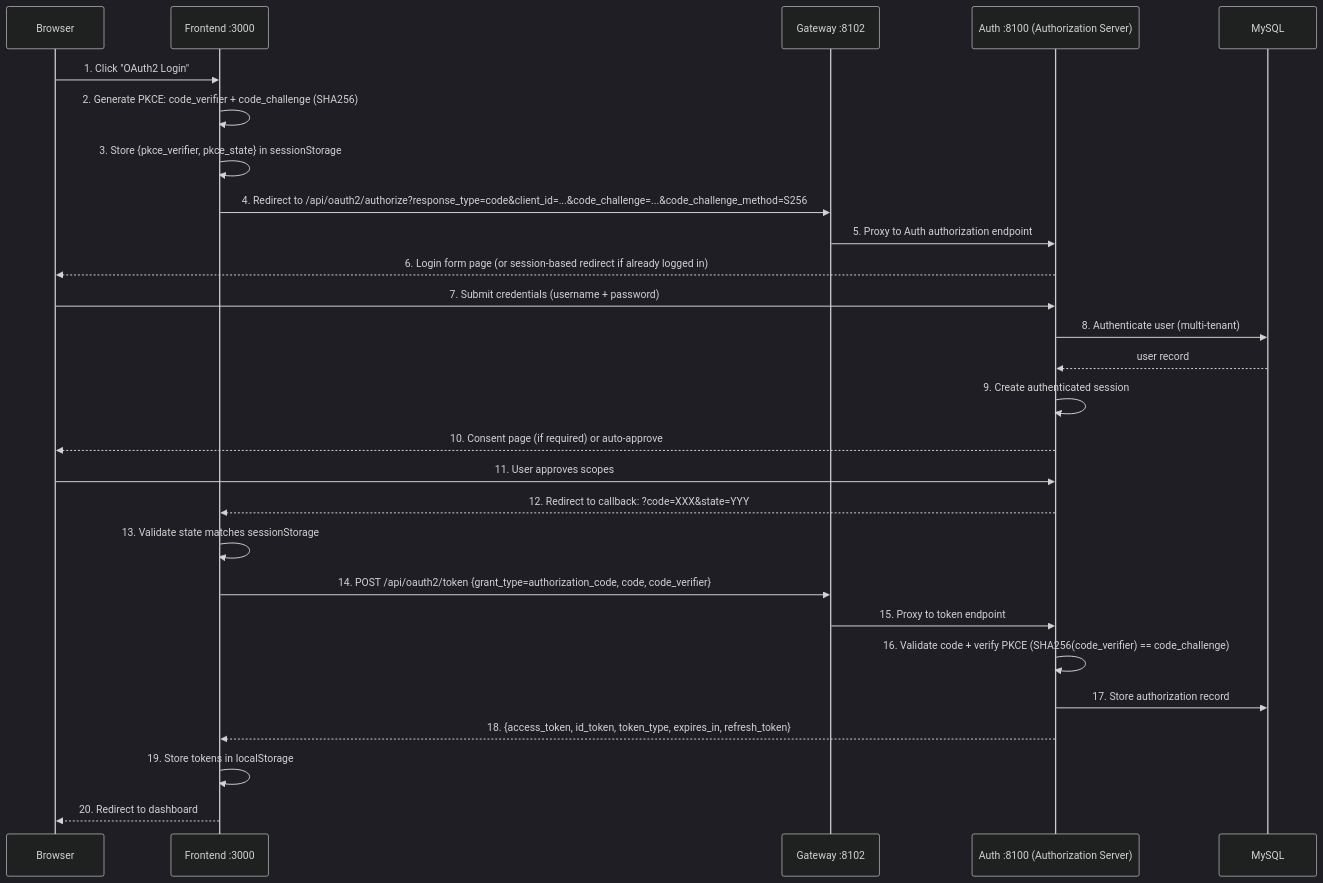
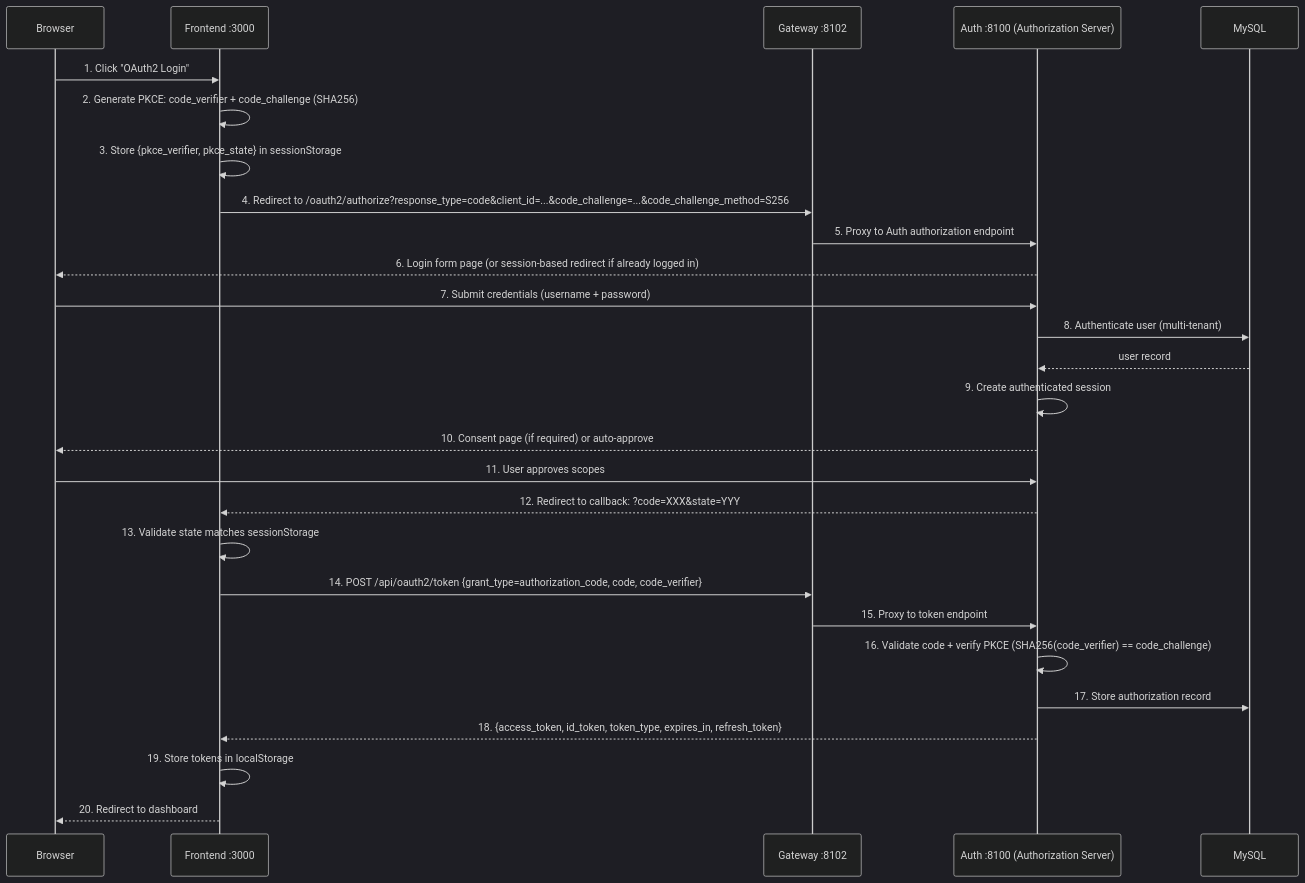
Before and after one commit to wang-baohai/Omni-Stack: the second of 19 diagrams in docs/core-flows.en.md, drawn with Mermaid (dark theme). The commit also changed other lines of this file and 1443 other files, not shown here.

````diff
--- a/docs/core-flows.en.md
+++ b/docs/core-flows.en.md
@@ -277,30 +277,30 @@
 ```mermaid
 sequenceDiagram
     participant B as Browser
     participant F as Frontend :3000
     participant G as Gateway :8102
     participant A as Auth :8100 (Authorization Server)
     participant M as MySQL
 
     B->>F: 1. Click "OAuth2 Login"
     F->>F: 2. Generate PKCE: code_verifier + code_challenge (SHA256)
     F->>F: 3. Store {pkce_verifier, pkce_state} in sessionStorage
-    F->>G: 4. Redirect to /api/oauth2/authorize?response_type=code&client_id=...&code_challenge=...&code_challenge_method=S256
+    F->>G: 4. Redirect to /oauth2/authorize?response_type=code&client_id=...&code_challenge=...&code_challenge_method=S256
     G->>A: 5. Proxy to Auth authorization endpoint
     A-->>B: 6. Login form page (or session-based redirect if already logged in)
     B->>A: 7. Submit credentials (username + password)
     A->>M: 8. Authenticate user (multi-tenant)
     M-->>A: user record
     A->>A: 9. Create authenticated session
     A-->>B: 10. Consent page (if required) or auto-approve
     B->>A: 11. User approves scopes
     A-->>F: 12. Redirect to callback: ?code=XXX&state=YYY
     F->>F: 13. Validate state matches sessionStorage
     F->>G: 14. POST /api/oauth2/token {grant_type=authorization_code, code, code_verifier}
     G->>A: 15. Proxy to token endpoint
     A->>A: 16. Validate code + verify PKCE (SHA256(code_verifier) == code_challenge)
     A->>M: 17. Store authorization record
     A-->>F: 18. {access_token, id_token, token_type, expires_in, refresh_token}
     F->>F: 19. Store tokens in localStorage
     F-->>B: 20. Redirect to dashboard
 ```
````
